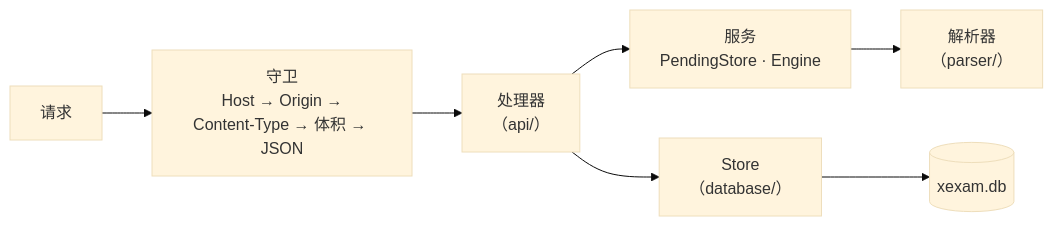
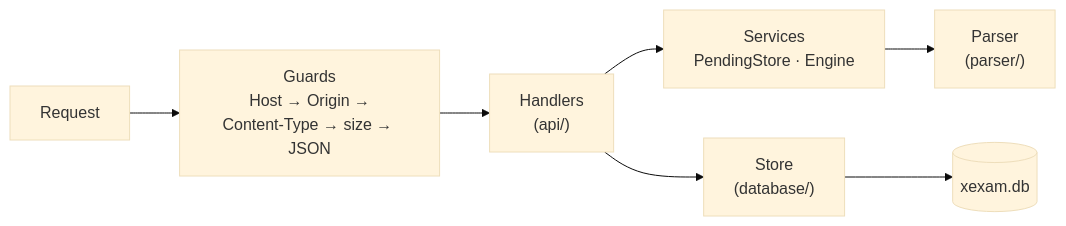
Before and after one commit to Yumin-Space/xexam: the second of 4 diagrams in docs/architecture.md, drawn with Mermaid (base theme). The commit also changed other lines of this file and 127 other files, not shown here.

````diff
--- a/docs/architecture.md
+++ b/docs/architecture.md
@@ -52,9 +54,9 @@
 ```mermaid
 flowchart LR
-    R["请求"] --> G["守卫<br/>Host → Origin →<br/>Content-Type → 体积 → JSON"]
-    G --> H["处理器<br/>（api/）"]
-    H --> S["服务<br/>PendingStore · Engine"]
-    S --> P["解析器<br/>（parser/）"]
-    H --> DB["Store<br/>（database/）"]
+    R["Request"] --> G["Guards<br/>Host → Origin →<br/>Content-Type → size → JSON"]
+    G --> H["Handlers<br/>(api/)"]
+    H --> S["Services<br/>PendingStore · Engine"]
+    S --> P["Parser<br/>(parser/)"]
+    H --> DB["Store<br/>(database/)"]
     DB --> SQ[("xexam.db")]
 ```
````
